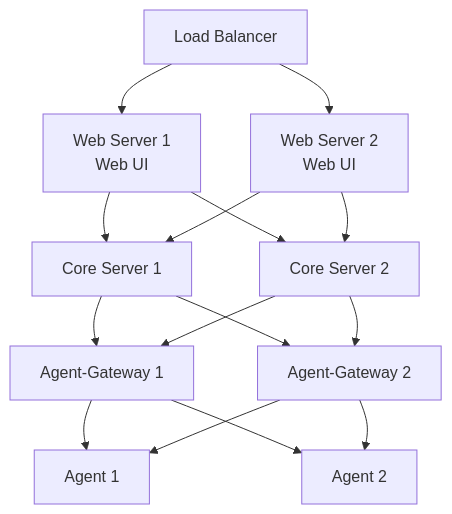
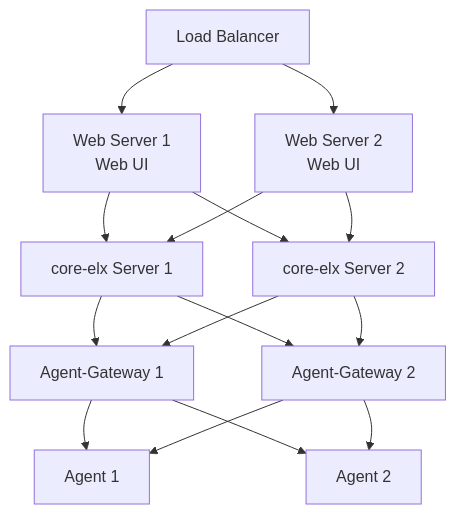
The seventh of 7 diagrams in docs/docs/architecture.md (carverauto/serviceradar), drawn with Mermaid before and after one commit. The commit also changed other lines of this file and 11 other files, not shown here.

````diff
--- a/docs/docs/architecture.md
+++ b/docs/docs/architecture.md
@@ -374,17 +351,17 @@
 ```mermaid
 graph TD
     LB[Load Balancer] --> WebServer1[Web Server 1<br/>Web UI]
     LB --> WebServer2[Web Server 2<br/>Web UI]
-    WebServer1 --> CoreServer1[Core Server 1]
+    WebServer1 --> CoreServer1[core-elx Server 1]
     WebServer2 --> CoreServer1
-    WebServer1 --> CoreServer2[Core Server 2]
+    WebServer1 --> CoreServer2[core-elx Server 2]
     WebServer2 --> CoreServer2
     CoreServer1 --> Gateway1[Agent-Gateway 1]
     CoreServer2 --> Gateway1
     CoreServer1 --> Gateway2[Agent-Gateway 2]
     CoreServer2 --> Gateway2
     Gateway1 --> Agent1[Agent 1]
     Gateway1 --> Agent2[Agent 2]
     Gateway2 --> Agent1
     Gateway2 --> Agent2
 ```
````
